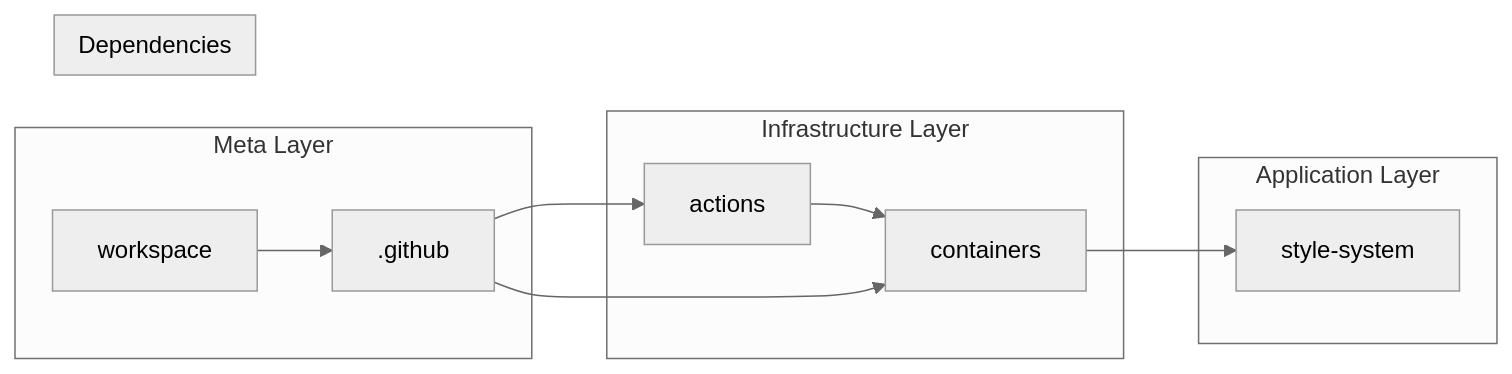
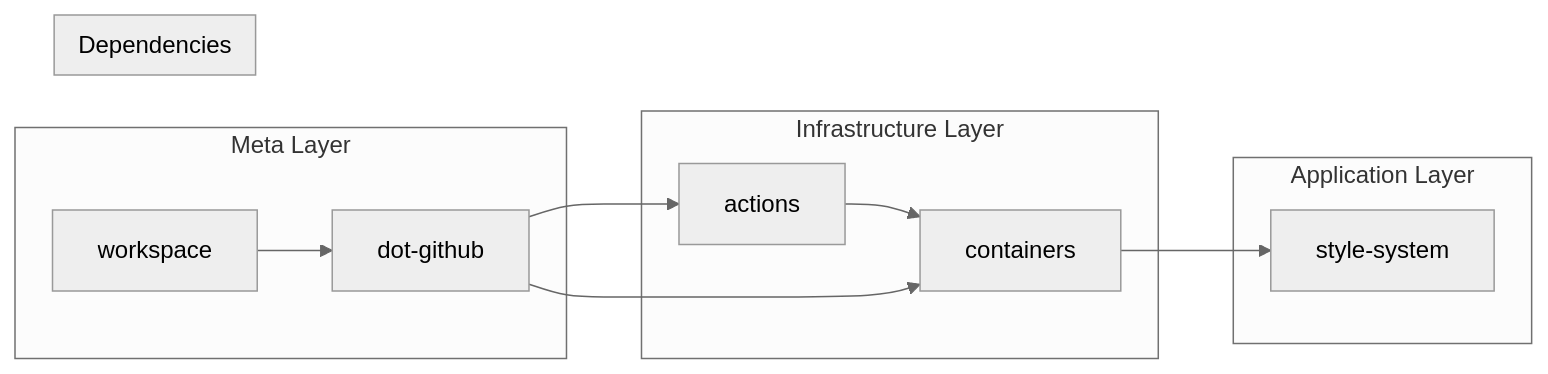
Before and after one commit to braincraftio/workspace: the second of 2 diagrams in WORKSPACE.md, drawn with Mermaid (neutral theme). The commit also changed other lines of this file and 3 other files, not shown here.

````diff
--- a/WORKSPACE.md
+++ b/WORKSPACE.md
@@ -1044,23 +1037,23 @@
 ```mermaid
 graph LR
     subgraph "Meta Layer"
         W[workspace]
-        W --> O[.github]
+        W --> O[dot-github]
     end
 
     subgraph "Infrastructure Layer"
         A[actions]
         C[containers]
         A --> C
     end
 
     subgraph "Application Layer"
         SS[style-system]
     end
 
     subgraph "Dependencies"
         O --> A
         O --> C
         C --> SS
     end
 ```
````
